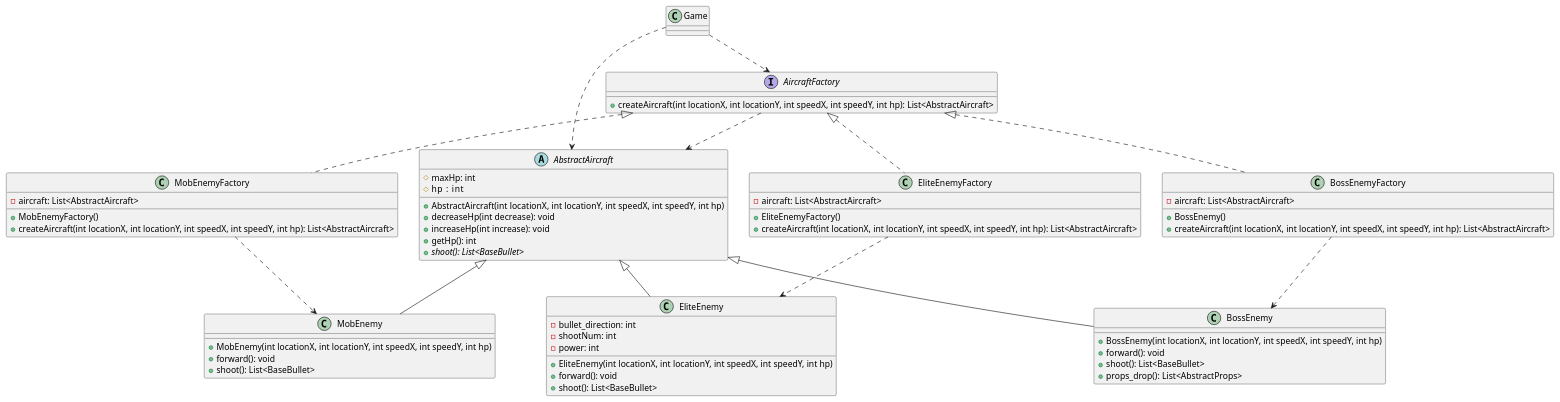
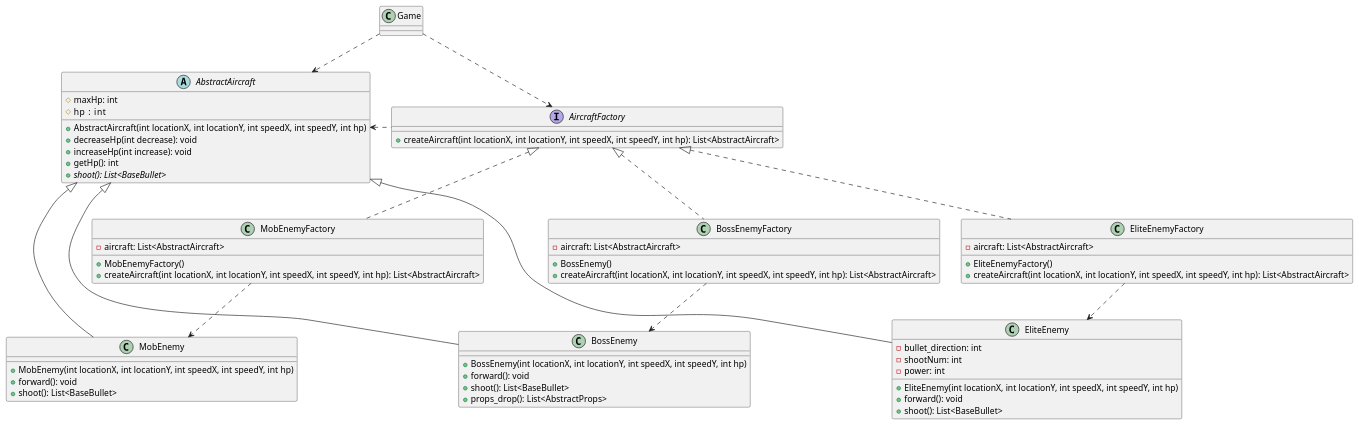
The diagram in uml/aircraftFactory.puml (Pockern/AircraftWar), drawn with PlantUML before and after one commit. The commit also changed 3 other files, not shown here.

Commit message:
uml changed in exp2

```diff
--- a/uml/aircraftFactory.puml
+++ b/uml/aircraftFactory.puml
@@ -1,83 +1,83 @@
 @startuml
 'https://plantuml.com/class-diagram
 
 Game ..> AircraftFactory
 Game ..> AbstractAircraft
 
-AircraftFactory ..> AbstractAircraft
+AircraftFactory .left.> AbstractAircraft
 
-AircraftFactory <|.. MobEnemyFactory
-AircraftFactory <|.. EliteEnemyFactory
-AircraftFactory <|.. BossEnemyFactory
-
-AbstractAircraft <|-- MobEnemy
-AbstractAircraft <|-- EliteEnemy
-AbstractAircraft <|-- BossEnemy
+'AircraftFactory <|.. MobEnemyFactory
+'AircraftFactory <|.. EliteEnemyFactory
+'AircraftFactory <|.. BossEnemyFactory
+'
+'AbstractAircraft <|-- MobEnemy
+'AbstractAircraft <|-- EliteEnemy
+'AbstractAircraft <|-- BossEnemy
 
 MobEnemyFactory   ..> MobEnemy
 EliteEnemyFactory ..> EliteEnemy
 BossEnemyFactory  ..> BossEnemy
 
 class Game {
 
 }
 
 interface AircraftFactory {
     + createAircraft(int locationX, int locationY, int speedX, int speedY, int hp): List<AbstractAircraft>
 }
 
-class MobEnemyFactory {
+class MobEnemyFactory implements AircraftFactory {
     - aircraft: List<AbstractAircraft>
     + MobEnemyFactory()
     + createAircraft(int locationX, int locationY, int speedX, int speedY, int hp): List<AbstractAircraft>
 }
 
-class EliteEnemyFactory {
+class EliteEnemyFactory implements AircraftFactory {
     - aircraft: List<AbstractAircraft>
     + EliteEnemyFactory()
     + createAircraft(int locationX, int locationY, int speedX, int speedY, int hp): List<AbstractAircraft>
 }
 
-class BossEnemyFactory {
+class BossEnemyFactory implements AircraftFactory {
     - aircraft: List<AbstractAircraft>
     + BossEnemy()
     + createAircraft(int locationX, int locationY, int speedX, int speedY, int hp): List<AbstractAircraft>
 }
 
 abstract class AbstractAircraft {
     # maxHp: int
     # hp   : int
 
     + AbstractAircraft(int locationX, int locationY, int speedX, int speedY, int hp)
     + decreaseHp(int decrease): void
     + increaseHp(int increase): void
     + getHp(): int
     + {abstract} shoot(): List<BaseBullet>
 }
 
-class MobEnemy {
+class MobEnemy extends AbstractAircraft {
 
     + MobEnemy(int locationX, int locationY, int speedX, int speedY, int hp)
     + forward(): void
     + shoot(): List<BaseBullet>
 }
 
-class EliteEnemy {
+class EliteEnemy extends AbstractAircraft {
     - bullet_direction: int
     - shootNum: int
     - power: int
 
     + EliteEnemy(int locationX, int locationY, int speedX, int speedY, int hp)
     + forward(): void
     + shoot(): List<BaseBullet>
 }
 
-class BossEnemy {
+class BossEnemy extends AbstractAircraft {
 
     + BossEnemy(int locationX, int locationY, int speedX, int speedY, int hp)
     + forward(): void
     + shoot(): List<BaseBullet>
     + props_drop(): List<AbstractProps>
 }
 
 @enduml
```
